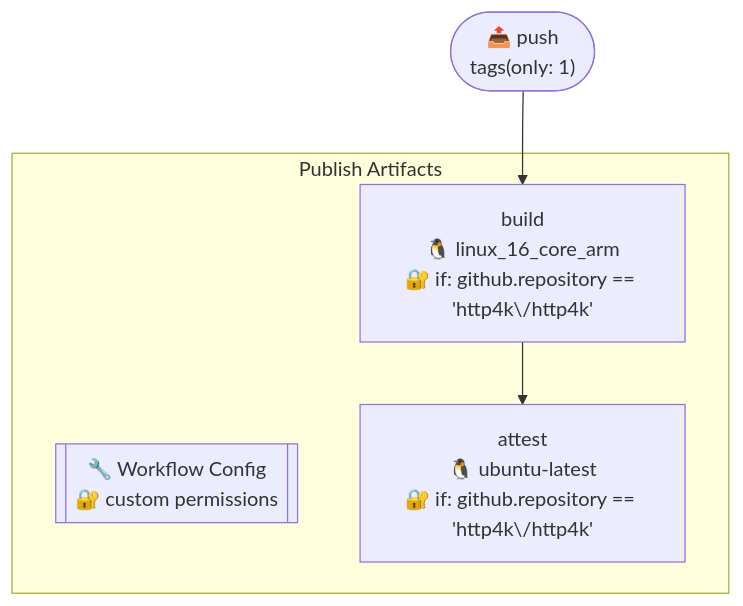
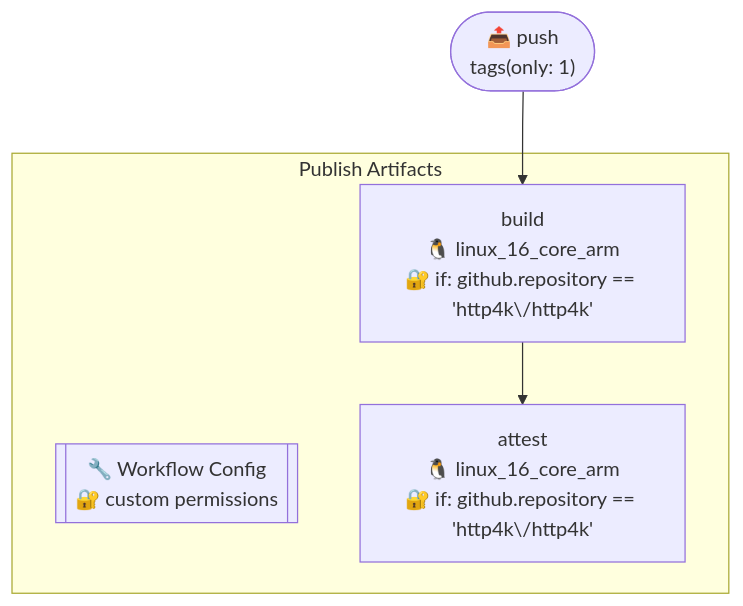
The first of 3 diagrams in .github/typeflows/publish-artifacts/README.md (http4k/http4k), drawn with Mermaid before and after one commit. The commit also changed other lines of this file and 2 other files, not shown here.

Commit message:
switch runner for attest job

````diff
--- a/.github/typeflows/publish-artifacts/README.md
+++ b/.github/typeflows/publish-artifacts/README.md
@@ -3,12 +3,12 @@
 ```mermaid
 %%{init: {"flowchart": {"curve": "basis"}}}%%
 flowchart TD
     push(["📤 push<br/>tags(only: 1)"])
     subgraph publishartifactsyml["Publish Artifacts"]
         publishartifactsyml_metadata[["🔧 Workflow Config<br/>🔐 custom permissions"]]
         publishartifactsyml_build["build<br/>🐧 linux_16_core_arm<br/>🔐 if: github.repository == 'http4k\/http4k'"]
-        publishartifactsyml_attest["attest<br/>🐧 ubuntu-latest<br/>🔐 if: github.repository == 'http4k\/http4k'"]
+        publishartifactsyml_attest["attest<br/>🐧 linux_16_core_arm<br/>🔐 if: github.repository == 'http4k\/http4k'"]
         publishartifactsyml_build --> publishartifactsyml_attest
     end
     push --> publishartifactsyml_build
 ```
````
